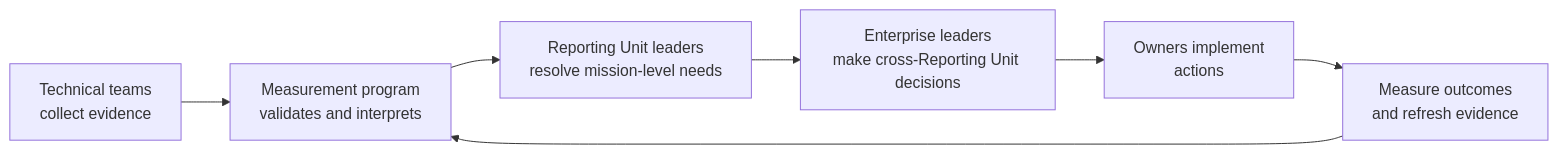
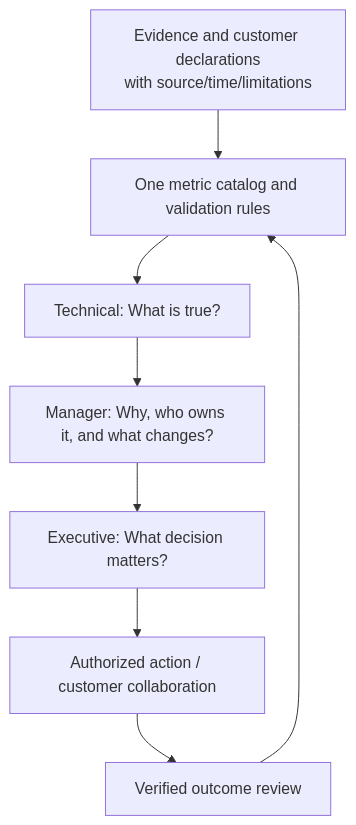
Before and after one commit to 11bztaylor/ReporttheReporter: the diagram in README.md, drawn with Mermaid. The commit also changed other lines of this file and 7 other files, not shown here.

Commit message:
Connect MSSP catalog across charter, navigation and visual briefing

````diff
--- a/README.md
+++ b/README.md
@@ -24,9 +29,10 @@
 ```mermaid
-flowchart LR
-  A["Technical teams\ncollect evidence"] --> B["Measurement program\nvalidates and interprets"]
-  B --> C["Reporting Unit leaders\nresolve mission-level needs"]
-  C --> D["Enterprise leaders\nmake cross-Reporting Unit decisions"]
-  D --> E["Owners implement\nactions"]
-  E --> F["Measure outcomes\nand refresh evidence"]
-  F --> B
+flowchart TB
+ A["Evidence and customer declarations\nwith source/time/limitations"] --> B["One metric catalog and validation rules"]
+ B --> T["Technical: What is true?"]
+ T --> M["Manager: Why, who owns it, and what changes?"]
+ M --> E["Executive: What decision matters?"]
+ E --> D["Authorized action / customer collaboration"]
+ D --> O["Verified outcome review"]
+ O --> B
 ```
````
